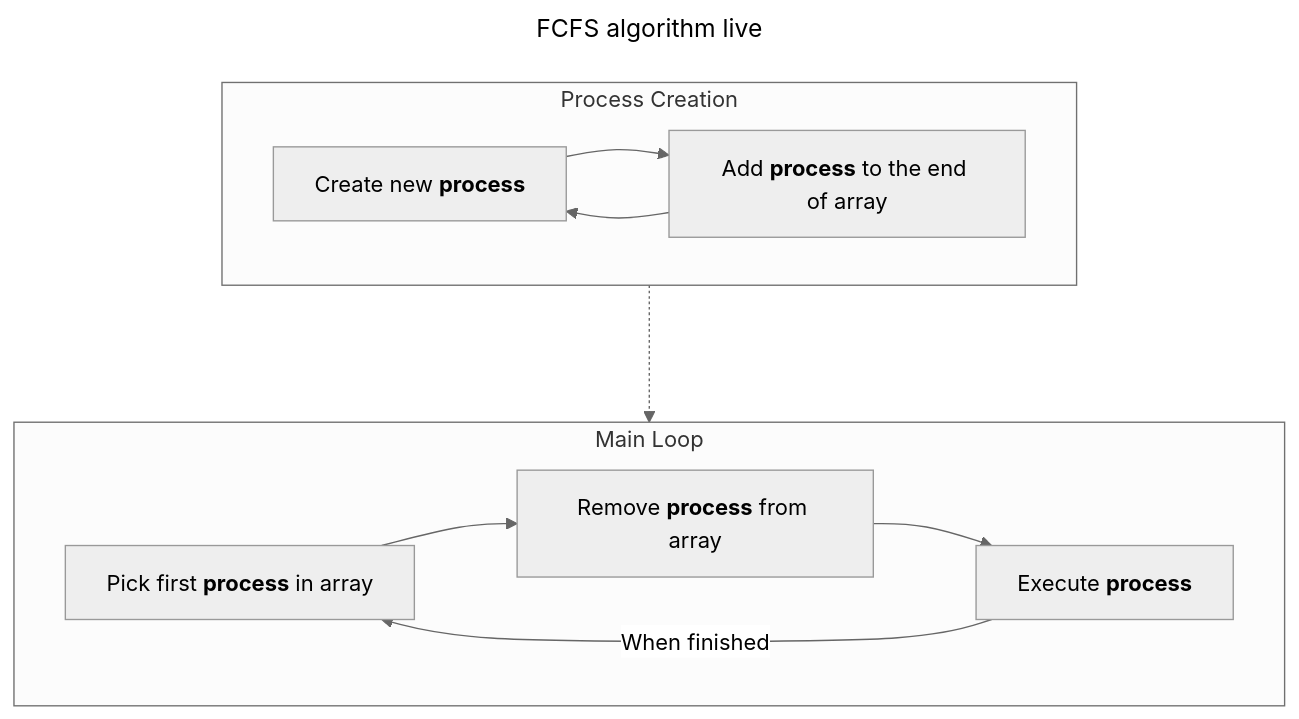
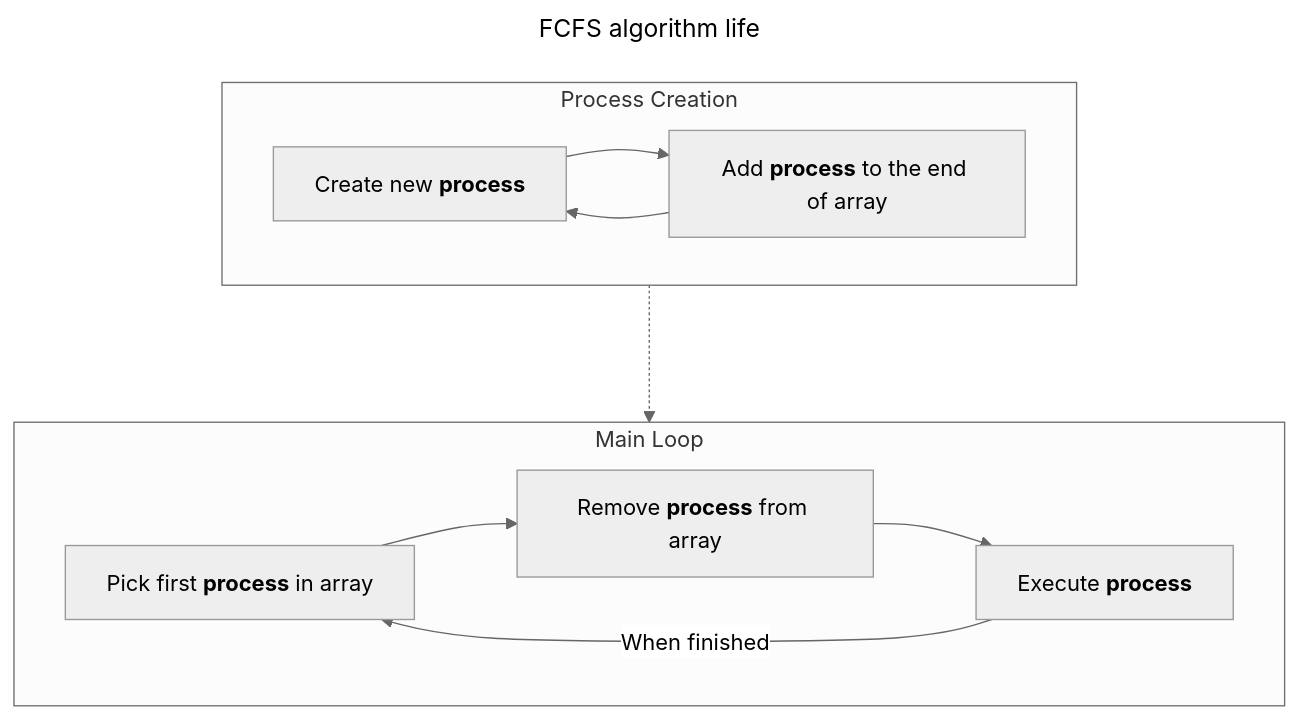
The first of 4 diagrams in README.md (MainSkown/ProcessSimulation), drawn with Mermaid (neutral theme) before and after one commit. The commit also changed other lines of this file, not shown here.

````diff
--- a/README.md
+++ b/README.md
@@ -27,21 +27,21 @@
 ```mermaid
 ---
-title: FCFS algorithm live
+title: FCFS algorithm life
 ---
 flowchart TB
     create["`Create new **process**`"]
     add["`Add **process** to the end of array`"]
     pick["`Pick first **process** in array`"]
     process["`Execute **process**`"]
     remove["`Remove **process** from array`"]
 
     subgraph creation[Process Creation]
         create --> add --> create
     end
 
     subgraph loop[Main Loop]
         pick --> remove --> process -->|When finished| pick
     end
 
     creation ..-> loop
 ```
````
